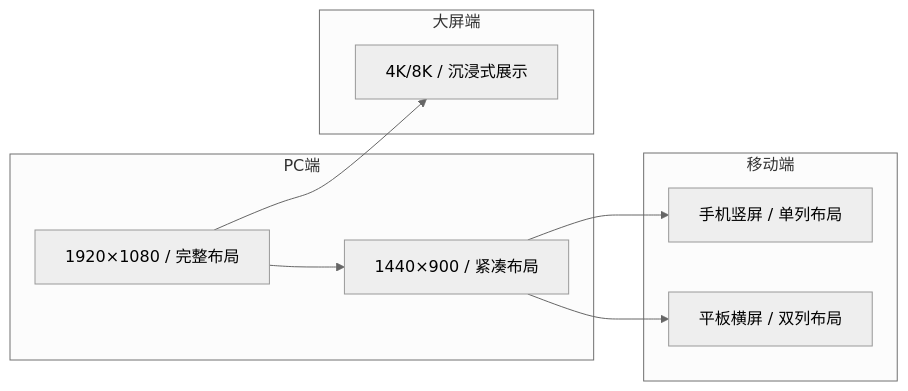
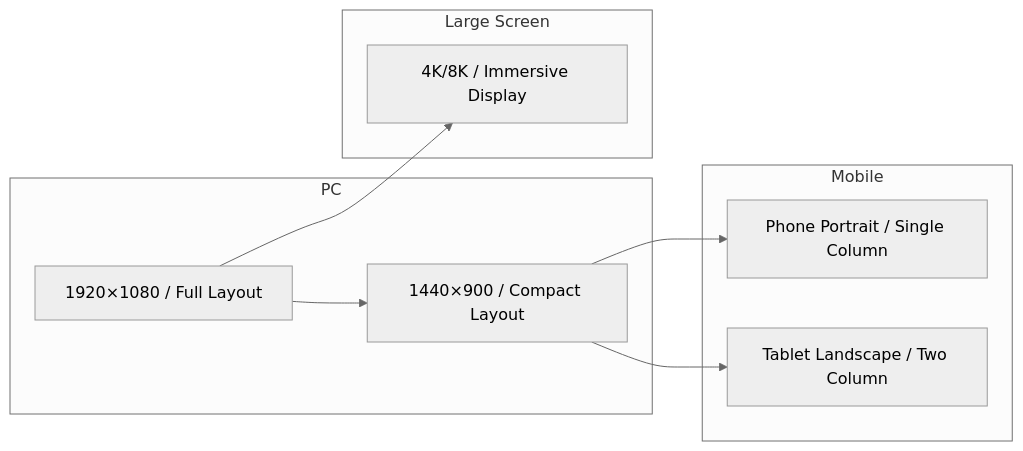
One commit to Kirky-X/cangjie changed the fifth of 9 diagrams in templates/产品/运营层/【模板】数据看板.md. Above: the diagram before and after it, drawn with Mermaid (neutral theme). The commit also changed other lines of this file and 46 other files, not shown here.

````diff
--- a/templates/产品/运营层/【模板】数据看板.md
+++ b/templates/产品/运营层/【模板】数据看板.md
@@ -219,23 +219,23 @@
 ```mermaid
 
 
 flowchart LR
-    subgraph "PC端"
-        P1["1920×1080 / 完整布局"]
-        P2["1440×900 / 紧凑布局"]
+    subgraph "PC"
+        P1["1920×1080 / Full Layout"]
+        P2["1440×900 / Compact Layout"]
     end
 
-    subgraph "大屏端"
-        L1["4K/8K / 沉浸式展示"]
+    subgraph "Large Screen"
+        L1["4K/8K / Immersive Display"]
     end
 
-    subgraph "移动端"
-        M1["手机竖屏 / 单列布局"]
-        M2["平板横屏 / 双列布局"]
+    subgraph "Mobile"
+        M1["Phone Portrait / Single Column"]
+        M2["Tablet Landscape / Two Column"]
     end
 
     P1 --> P2
     P1 --> L1
     P2 --> M1
     P2 --> M2
 ```
````
